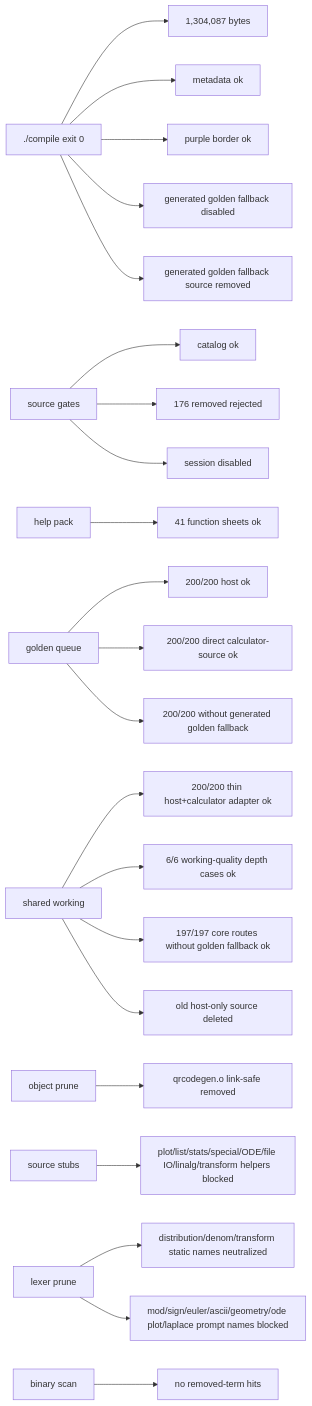
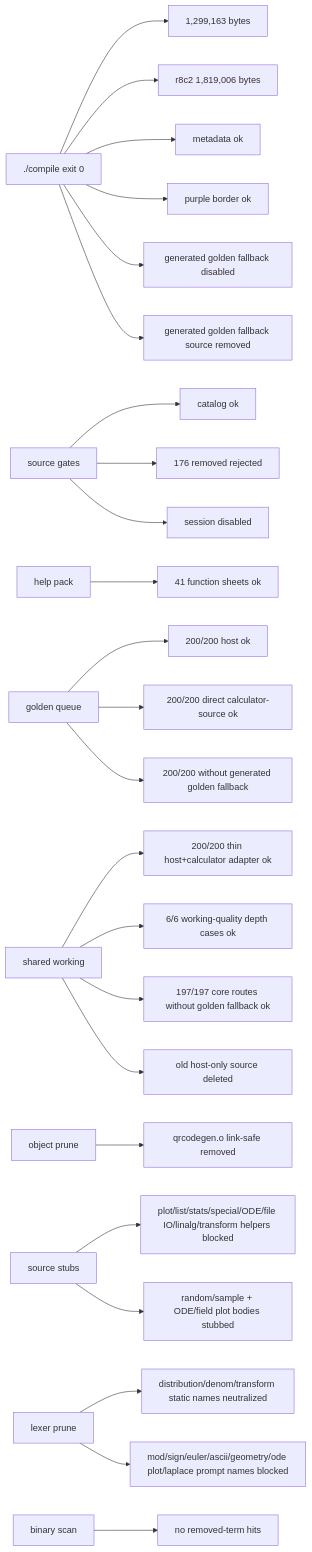
One commit to james8464/notes-addin-casio-fx-cg50 changed the seventh of 7 diagrams in docs/GRAPH.md. Above: the diagram before and after it, drawn with Mermaid. The commit also changed other lines of this file and 3 other files, not shown here.

````diff
--- a/docs/GRAPH.md
+++ b/docs/GRAPH.md
@@ -156,24 +158,26 @@
 ```mermaid
 graph LR
-  Build["./compile exit 0"] --> Size["1,304,087 bytes"]
+  Build["./compile exit 0"] --> Size["1,299,163 bytes"]
+  Build --> R8C2["r8c2 1,819,006 bytes"]
   Build --> Meta["metadata ok"]
   Build --> Border["purple border ok"]
   Build --> NoRuntimeFallback["generated golden fallback disabled"]
   Build --> NoRuntimeSource["generated golden fallback source removed"]
   Source["source gates"] --> Catalog["catalog ok"]
   Source --> Removed["176 removed rejected"]
   Source --> Session["session disabled"]
   Help["help pack"] --> HelpQ["41 function sheets ok"]
   Queue["golden queue"] --> QueueRun["200/200 host ok"]
   Queue --> GoldenRun["200/200 direct calculator-source ok"]
   Queue --> NoGolden["200/200 without generated golden fallback"]
   Shared["shared working"] --> SharedRun["200/200 thin host+calculator adapter ok"]
   Shared --> WorkQ["6/6 working-quality depth cases ok"]
   Shared --> CoreRun["197/197 core routes without golden fallback ok"]
   Shared --> NoHostSrc["old host-only source deleted"]
   Obj["object prune"] --> QR["qrcodegen.o link-safe removed"]
   Macro["source stubs"] --> Stubbed["plot/list/stats/special/ODE/file IO/linalg/transform helpers blocked"]
+  Macro --> RuntimeStubbed["random/sample + ODE/field plot bodies stubbed"]
   Static["lexer prune"] --> StaticRun["distribution/denom/transform static names neutralized"]
   Static --> PromptRun["mod/sign/euler/ascii/geometry/ode plot/laplace prompt names blocked"]
   Bin["binary scan"] --> NoLeak["no removed-term hits"]
 ```
````
